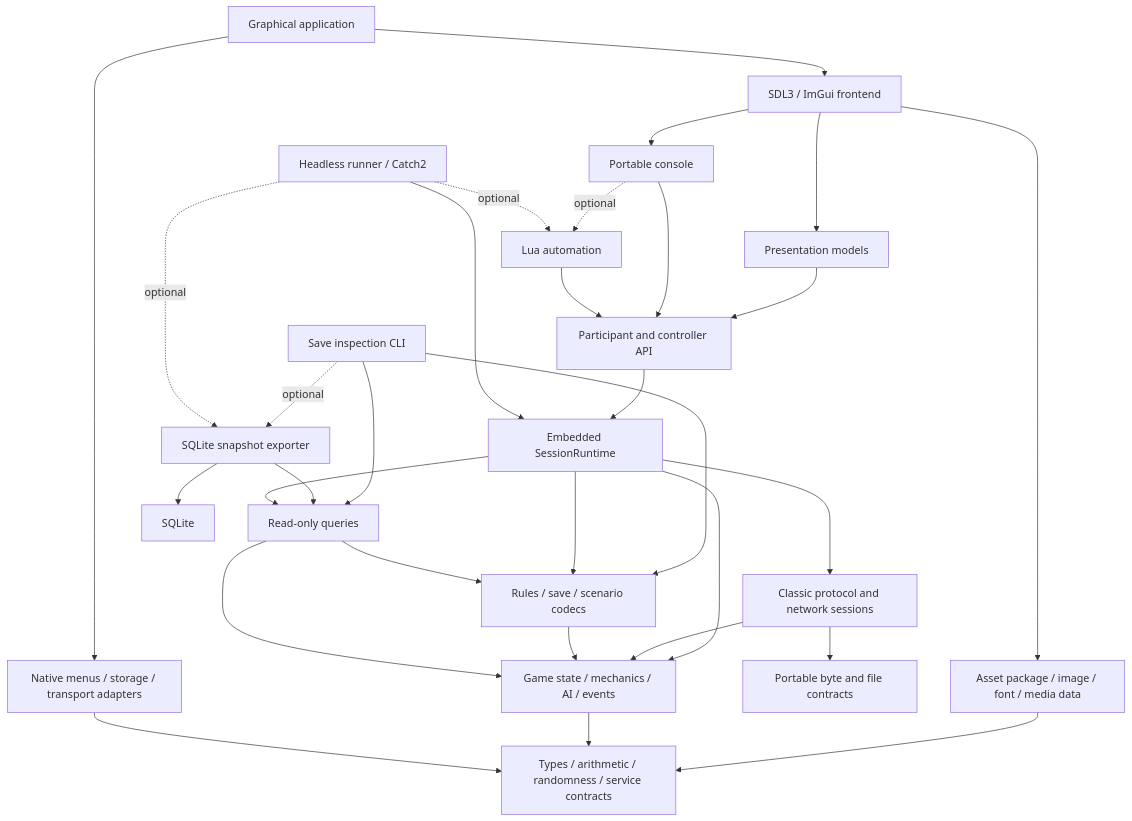
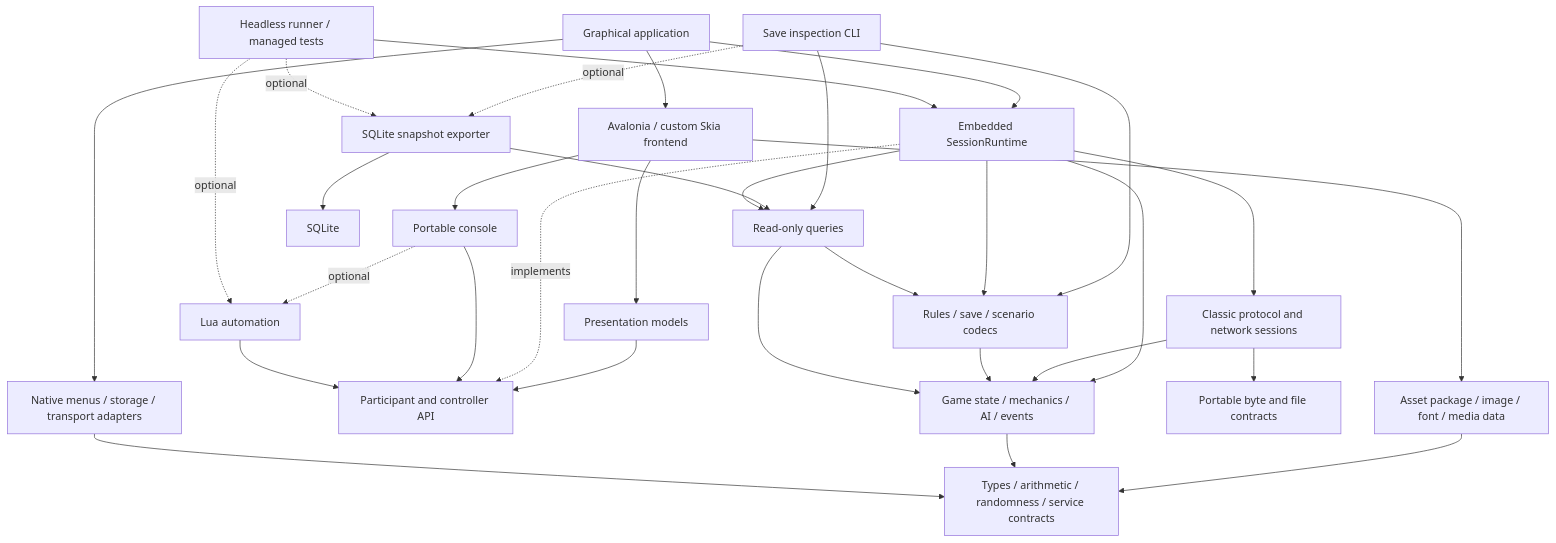
Before and after one commit to PeterJohnson/openciv2-cleanroom: the diagram in docs/architecture.md, drawn with Mermaid. The commit also changed other lines of this file and 907 other files, not shown here.

````diff
--- a/docs/architecture.md
+++ b/docs/architecture.md
@@ -166,33 +156,34 @@
 ```mermaid
 flowchart TD
-    app[Graphical application] --> frontend[SDL3 / ImGui frontend]
+    app[Graphical application] --> frontend[Avalonia / custom Skia frontend]
     app --> platform[Native menus / storage / transport adapters]
     frontend --> views[Presentation models]
     views --> ports[Participant and controller API]
-    ports --> session[Embedded SessionRuntime]
+    session[Embedded SessionRuntime] -. implements .-> ports
+    app --> session
     frontend --> console[Portable console]
     console --> ports
     console -. optional .-> automation[Lua automation]
     automation --> ports
     cli[Save inspection CLI] --> formats[Rules / save / scenario codecs]
     cli --> query
     cli -. optional .-> export[SQLite snapshot exporter]
     export --> query
     export --> sqlite[SQLite]
-    runner[Headless runner / Catch2] --> session
+    runner[Headless runner / managed tests] --> session
     runner -. optional .-> automation
     runner -. optional .-> export
     session --> game[Game state / mechanics / AI / events]
     session --> query[Read-only queries]
     session --> formats
     session --> network[Classic protocol and network sessions]
     network --> io[Portable byte and file contracts]
     network --> game
     formats --> game
     query --> game
     query --> formats
     frontend --> content[Asset package / image / font / media data]
     content --> base[Types / arithmetic / randomness / service contracts]
     game --> base
     platform --> base
 ```
````
